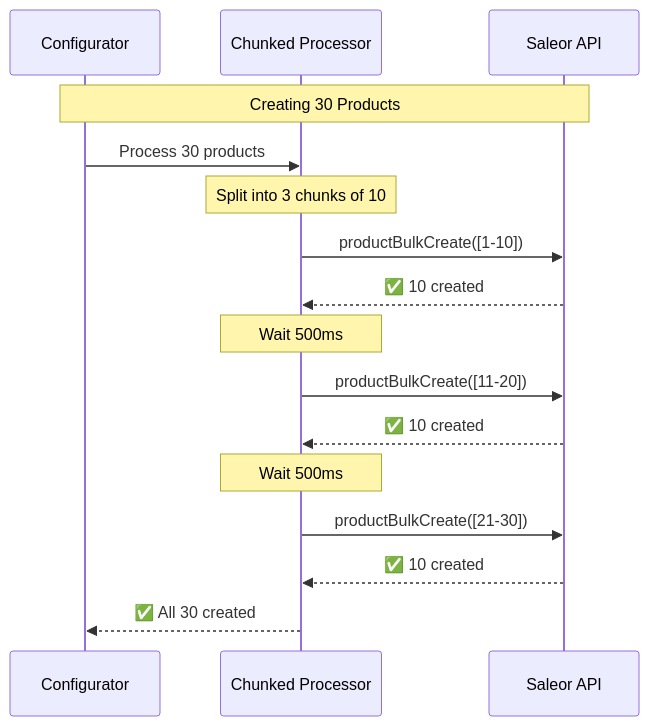
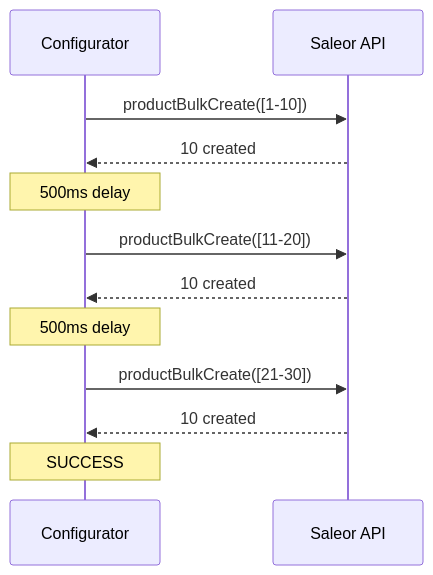
One commit to saleor/configurator changed the second of 2 diagrams in docs/adr/001-bulk-mutations-optimization.md. Above: the diagram before and after it, drawn with Mermaid. The commit also changed other lines of this file, not shown here.

````diff
--- a/docs/adr/001-bulk-mutations-optimization.md
+++ b/docs/adr/001-bulk-mutations-optimization.md
@@ -157,26 +139,15 @@
 ```mermaid
 sequenceDiagram
     participant App as Configurator
-    participant Processor as Chunked Processor
     participant API as Saleor API
 
-    Note over App,API: Creating 30 Products
-
-    App->>Processor: Process 30 products
-    Note over Processor: Split into 3 chunks of 10
-
-    Processor->>API: productBulkCreate([1-10])
-    API-->>Processor: ✅ 10 created
-
-    Note over Processor: Wait 500ms
-
-    Processor->>API: productBulkCreate([11-20])
-    API-->>Processor: ✅ 10 created
-
-    Note over Processor: Wait 500ms
-
-    Processor->>API: productBulkCreate([21-30])
-    API-->>Processor: ✅ 10 created
-
-    Processor-->>App: ✅ All 30 created
+    App->>API: productBulkCreate([1-10])
+    API-->>App: 10 created
+    Note over App: 500ms delay
+    App->>API: productBulkCreate([11-20])
+    API-->>App: 10 created
+    Note over App: 500ms delay
+    App->>API: productBulkCreate([21-30])
+    API-->>App: 10 created
+    Note over App: SUCCESS
 ```
````
